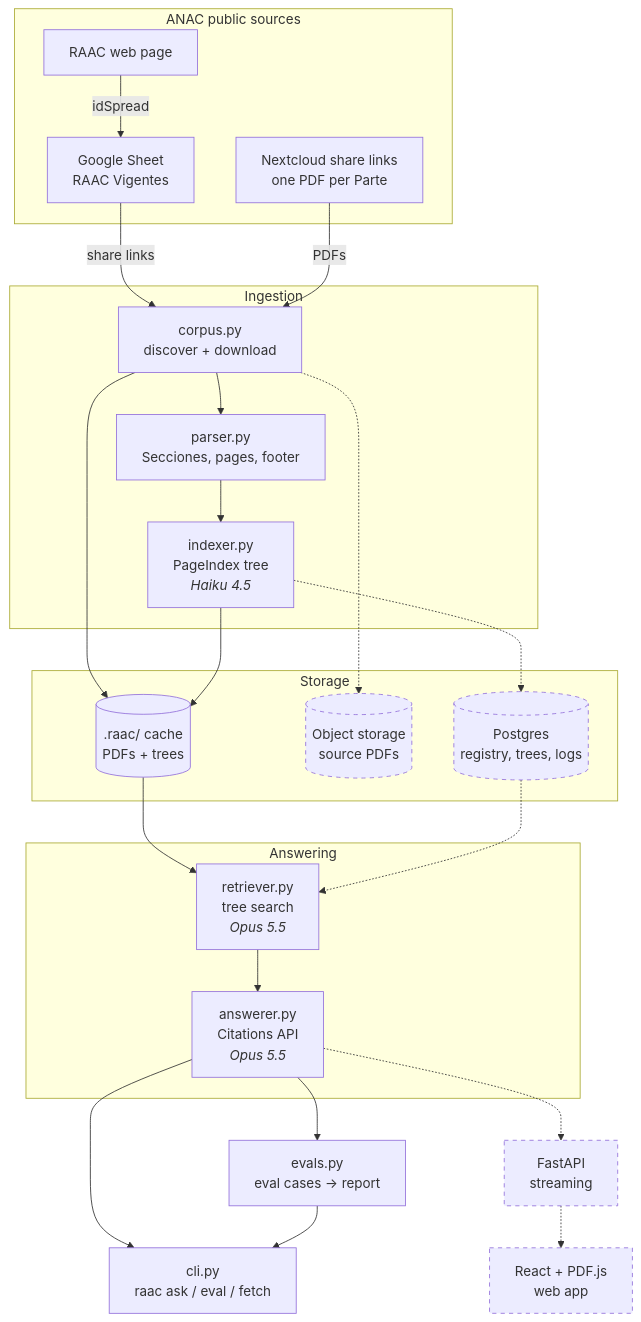
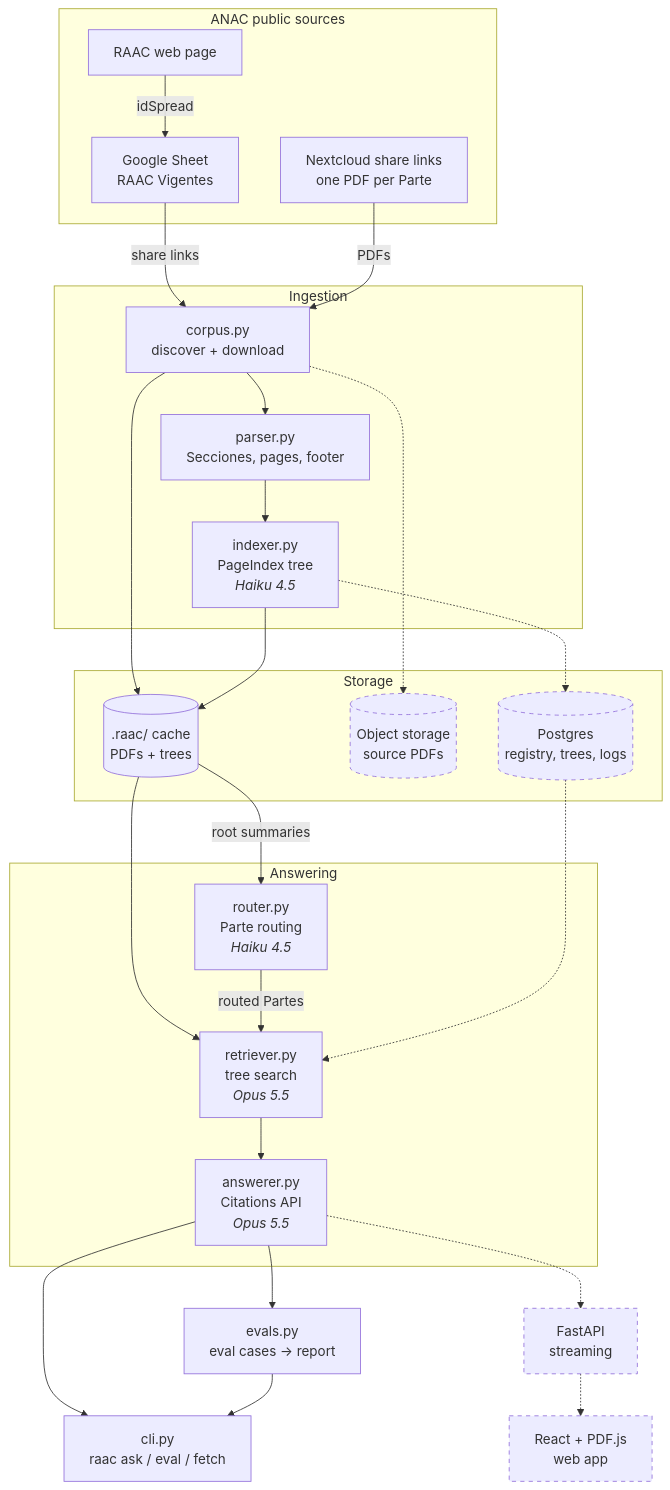
Before and after one commit to Guernik/raac-rag: the diagram in docs/diagrams/architecture.mmd, drawn with Mermaid. The commit also changed 26 other files, not shown here.

First line of the commit message:
Parte routing across Partes 1, 61, 67, 91 (#35)

```diff
--- a/docs/diagrams/architecture.mmd
+++ b/docs/diagrams/architecture.mmd
@@ -1,47 +1,50 @@
 flowchart TB
     subgraph ANAC["ANAC public sources"]
         page["RAAC web page"]
         sheet["Google Sheet<br/>RAAC Vigentes"]
         nc["Nextcloud share links<br/>one PDF per Parte"]
     end
 
     subgraph ingest["Ingestion"]
         corpus["corpus.py<br/>discover + download"]
         parser["parser.py<br/>Secciones, pages, footer"]
         indexer["indexer.py<br/>PageIndex tree<br/><i>Haiku 4.5</i>"]
     end
 
     subgraph store["Storage"]
         cache[(".raac/ cache<br/>PDFs + trees")]
         pdfs[("Object storage<br/>source PDFs")]
         pg[("Postgres<br/>registry, trees, logs")]
     end
 
     subgraph answer["Answering"]
+        router["router.py<br/>Parte routing<br/><i>Haiku 4.5</i>"]
         retriever["retriever.py<br/>tree search<br/><i>Opus 5.5</i>"]
         answerer["answerer.py<br/>Citations API<br/><i>Opus 5.5</i>"]
     end
 
     evals["evals.py<br/>eval cases → report"]
 
     cli["cli.py<br/>raac ask / eval / fetch"]
     api["FastAPI<br/>streaming"]
     web["React + PDF.js<br/>web app"]
 
     page -- idSpread --> sheet
     sheet -- share links --> corpus
     nc -- PDFs --> corpus
     corpus --> parser --> indexer
     corpus --> cache
     indexer --> cache
     corpus -.-> pdfs
     indexer -.-> pg
     cache --> retriever
+    cache -- root summaries --> router
+    router -- routed Partes --> retriever
     pg -.-> retriever
     retriever --> answerer
     answerer --> cli
     answerer --> evals --> cli
     answerer -.-> api -.-> web
 
     classDef planned stroke-dasharray: 5 5
     class api,web,pg,pdfs planned
```
